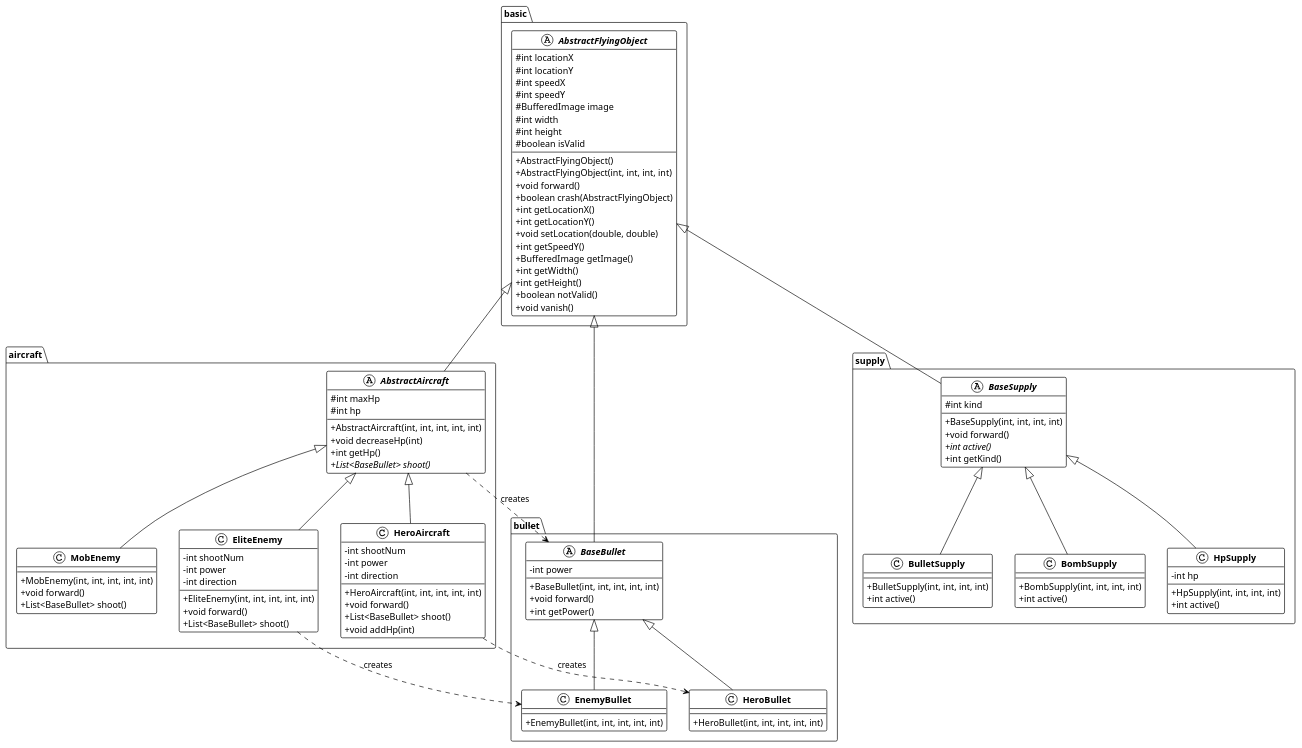
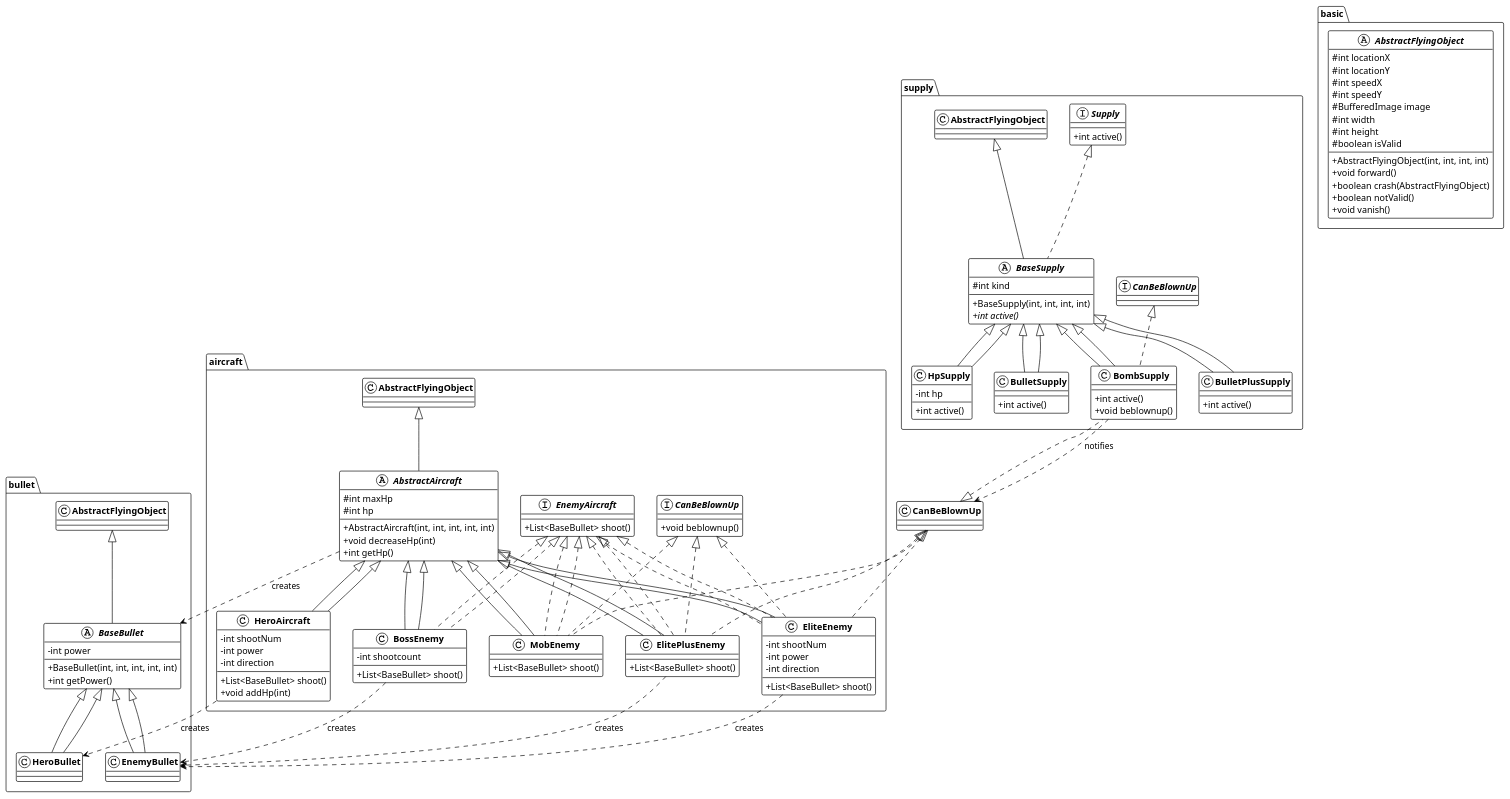
Before and after one commit to lxtf1216/AircraftWar: the diagram in uml/ClassDiagram.puml, drawn with PlantUML. The commit also changed 6 other files, not shown here.

```diff
--- a/uml/ClassDiagram.puml
+++ b/uml/ClassDiagram.puml
@@ -1,140 +1,148 @@
 @startuml AircraftWar_ClassDiagram
 
 !theme plain
 skinparam classAttributeIconSize 0
 skinparam classFontStyle bold
 
 package "basic" {
     abstract class AbstractFlyingObject {
         # int locationX
         # int locationY
         # int speedX
         # int speedY
         # BufferedImage image
         # int width
         # int height
         # boolean isValid
-        
-        + AbstractFlyingObject()
         + AbstractFlyingObject(int, int, int, int)
         + void forward()
         + boolean crash(AbstractFlyingObject)
-        + int getLocationX()
-        + int getLocationY()
-        + void setLocation(double, double)
-        + int getSpeedY()
-        + BufferedImage getImage()
-        + int getWidth()
-        + int getHeight()
         + boolean notValid()
         + void vanish()
     }
 }
 
 package "aircraft" {
-    abstract class AbstractAircraft {
+    interface CanBeBlownUp {
+        + void beblownup()
+    }
+
+    interface EnemyAircraft {
+        + List<BaseBullet> shoot()
+    }
+
+    abstract class AbstractAircraft extends AbstractFlyingObject {
         # int maxHp
         # int hp
-        
         + AbstractAircraft(int, int, int, int, int)
         + void decreaseHp(int)
         + int getHp()
-        + {abstract} List<BaseBullet> shoot()
     }
-    
-    class HeroAircraft {
+
+    class HeroAircraft extends AbstractAircraft {
         - int shootNum
         - int power
         - int direction
-        
-        + HeroAircraft(int, int, int, int, int)
-        + void forward()
         + List<BaseBullet> shoot()
         + void addHp(int)
     }
-    
-    class MobEnemy {
-        + MobEnemy(int, int, int, int, int)
-        + void forward()
+
+    class MobEnemy extends AbstractAircraft implements EnemyAircraft, CanBeBlownUp {
         + List<BaseBullet> shoot()
     }
-    
-    class EliteEnemy {
+
+    class EliteEnemy extends AbstractAircraft implements EnemyAircraft, CanBeBlownUp {
         - int shootNum
         - int power
         - int direction
-        
-        + EliteEnemy(int, int, int, int, int)
-        + void forward()
+        + List<BaseBullet> shoot()
+    }
+
+    class ElitePlusEnemy extends AbstractAircraft implements EnemyAircraft, CanBeBlownUp {
+        + List<BaseBullet> shoot()
+    }
+
+    class BossEnemy extends AbstractAircraft implements EnemyAircraft {
+        - int shootcount
         + List<BaseBullet> shoot()
     }
 }
 
 package "bullet" {
-    abstract class BaseBullet {
+    abstract class BaseBullet extends AbstractFlyingObject {
         - int power
-        
         + BaseBullet(int, int, int, int, int)
-        + void forward()
         + int getPower()
     }
-    
-    class HeroBullet {
-        + HeroBullet(int, int, int, int, int)
+
+    class HeroBullet extends BaseBullet {
     }
-    
-    class EnemyBullet {
-        + EnemyBullet(int, int, int, int, int)
+
+    class EnemyBullet extends BaseBullet {
     }
 }
 
 package "supply" {
-    abstract class BaseSupply {
+    interface Supply {
+        + int active()
+    }
+
+    abstract class BaseSupply extends AbstractFlyingObject implements Supply {
         # int kind
-        
         + BaseSupply(int, int, int, int)
-        + void forward()
         + {abstract} int active()
-        + int getKind()
     }
-    
-    class HpSupply {
+
+    class HpSupply extends BaseSupply {
         - int hp
-        
-        + HpSupply(int, int, int, int)
+        + int active()
+    }
+
+    class BulletSupply extends BaseSupply {
         + int active()
     }
     
-    class BulletSupply {
-        + BulletSupply(int, int, int, int)
+    class BulletPlusSupply extends BaseSupply {
         + int active()
     }
-    
-    class BombSupply {
-        + BombSupply(int, int, int, int)
+
+    class BombSupply extends BaseSupply implements CanBeBlownUp {
         + int active()
+        + void beblownup()
     }
 }
 
-' 继承关系
-AbstractFlyingObject <|-- AbstractAircraft
-AbstractFlyingObject <|-- BaseBullet
-AbstractFlyingObject <|-- BaseSupply
-
+' 继承与实现关系
 AbstractAircraft <|-- HeroAircraft
 AbstractAircraft <|-- MobEnemy
 AbstractAircraft <|-- EliteEnemy
+AbstractAircraft <|-- ElitePlusEnemy
+AbstractAircraft <|-- BossEnemy
+
+EnemyAircraft <|.. MobEnemy
+EnemyAircraft <|.. EliteEnemy
+EnemyAircraft <|.. ElitePlusEnemy
+EnemyAircraft <|.. BossEnemy
+
+CanBeBlownUp <|.. MobEnemy
+CanBeBlownUp <|.. EliteEnemy
+CanBeBlownUp <|.. ElitePlusEnemy
+CanBeBlownUp <|.. BombSupply
 
 BaseBullet <|-- HeroBullet
 BaseBullet <|-- EnemyBullet
 
 BaseSupply <|-- HpSupply
 BaseSupply <|-- BulletSupply
+BaseSupply <|-- BulletPlusSupply
 BaseSupply <|-- BombSupply
 
 ' 依赖关系
 AbstractAircraft ..> BaseBullet : creates
 HeroAircraft ..> HeroBullet : creates
 EliteEnemy ..> EnemyBullet : creates
+ElitePlusEnemy ..> EnemyBullet : creates
+BossEnemy ..> EnemyBullet : creates
+BombSupply ..> CanBeBlownUp : notifies
 
 @enduml
```
